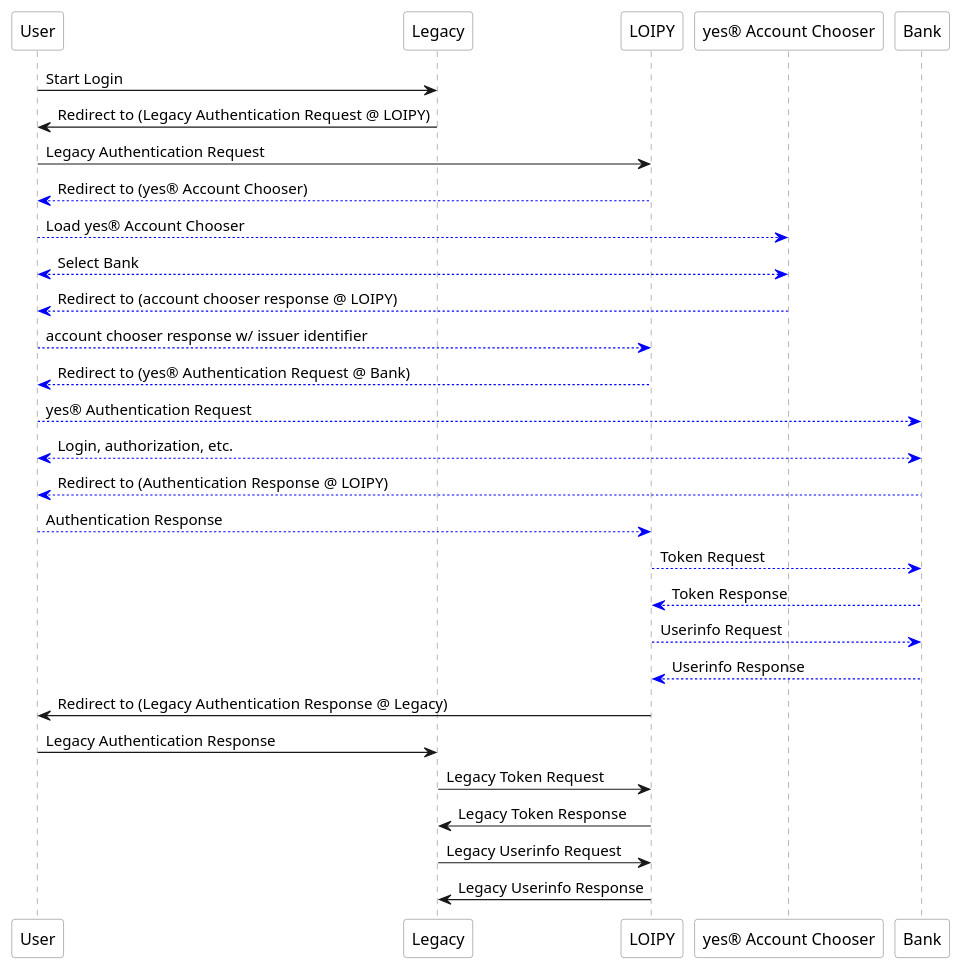
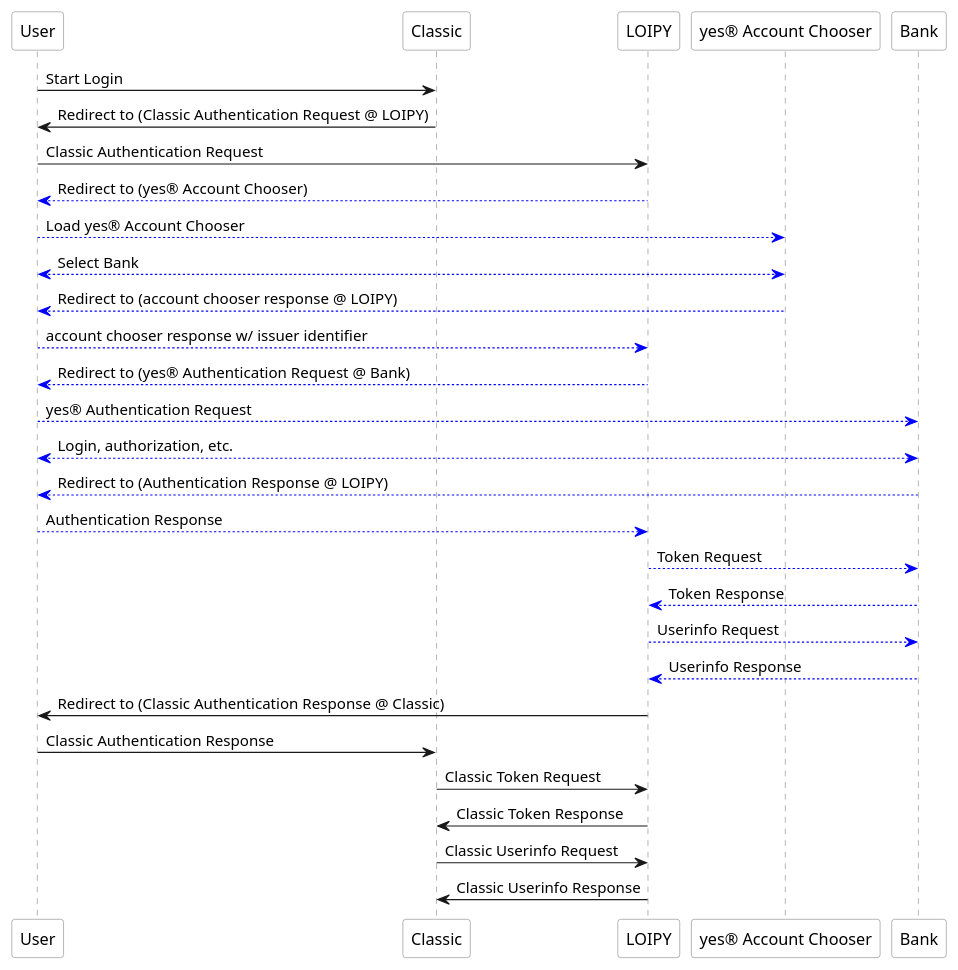
One commit to thomasdarimont/loipy changed the diagram in sequence.puml. Above: the diagram before and after it, drawn with PlantUML. The commit also changed 2 other files, not shown here.

Commit message:
Sequence diagram as SVG

```diff
--- a/sequence.puml
+++ b/sequence.puml
@@ -1,38 +1,38 @@
 @startuml
 skinparam shadowing false
 skinparam sequenceBoxBackgroundColor white
 skinparam sequenceBoxBorderColor grey
 skinparam sequenceParticipantBorderColor grey
 skinparam sequenceParticipantBackgroundColor white
 skinparam sequenceLifelineBorderColor grey
 
 participant ub as "User"
-participant Legacy
+participant Classic
 participant LOIPY
 participant yac as "yes® Account Chooser"
 participant Bank
 
-ub -> Legacy: Start Login
-Legacy -> ub: Redirect to (Legacy Authentication Request @ LOIPY)
-ub -> LOIPY: Legacy Authentication Request
+ub -> Classic: Start Login
+Classic -> ub: Redirect to (Classic Authentication Request @ LOIPY)
+ub -> LOIPY: Classic Authentication Request
 LOIPY -[#blue]-> ub: Redirect to (yes® Account Chooser)
 ub -[#blue]-> yac: Load yes® Account Chooser
 ub <-[#blue]-> yac: Select Bank
 yac -[#blue]-> ub: Redirect to (account chooser response @ LOIPY)
 ub -[#blue]-> LOIPY: account chooser response w/ issuer identifier
 LOIPY -[#blue]-> ub: Redirect to (yes® Authentication Request @ Bank)
 ub -[#blue]-> Bank: yes® Authentication Request
 ub <-[#blue]-> Bank: Login, authorization, etc.
 Bank -[#blue]-> ub: Redirect to (Authentication Response @ LOIPY)
 ub -[#blue]-> LOIPY: Authentication Response
 LOIPY -[#blue]-> Bank: Token Request
 Bank -[#blue]-> LOIPY: Token Response
 LOIPY -[#blue]-> Bank: Userinfo Request
 Bank -[#blue]-> LOIPY: Userinfo Response
-LOIPY -> ub: Redirect to (Legacy Authentication Response @ Legacy)
-ub -> Legacy: Legacy Authentication Response
-Legacy -> LOIPY: Legacy Token Request
-LOIPY -> Legacy: Legacy Token Response
-Legacy -> LOIPY: Legacy Userinfo Request
-LOIPY -> Legacy: Legacy Userinfo Response
+LOIPY -> ub: Redirect to (Classic Authentication Response @ Classic)
+ub -> Classic: Classic Authentication Response
+Classic -> LOIPY: Classic Token Request
+LOIPY -> Classic: Classic Token Response
+Classic -> LOIPY: Classic Userinfo Request
+LOIPY -> Classic: Classic Userinfo Response
 @enduml
```
